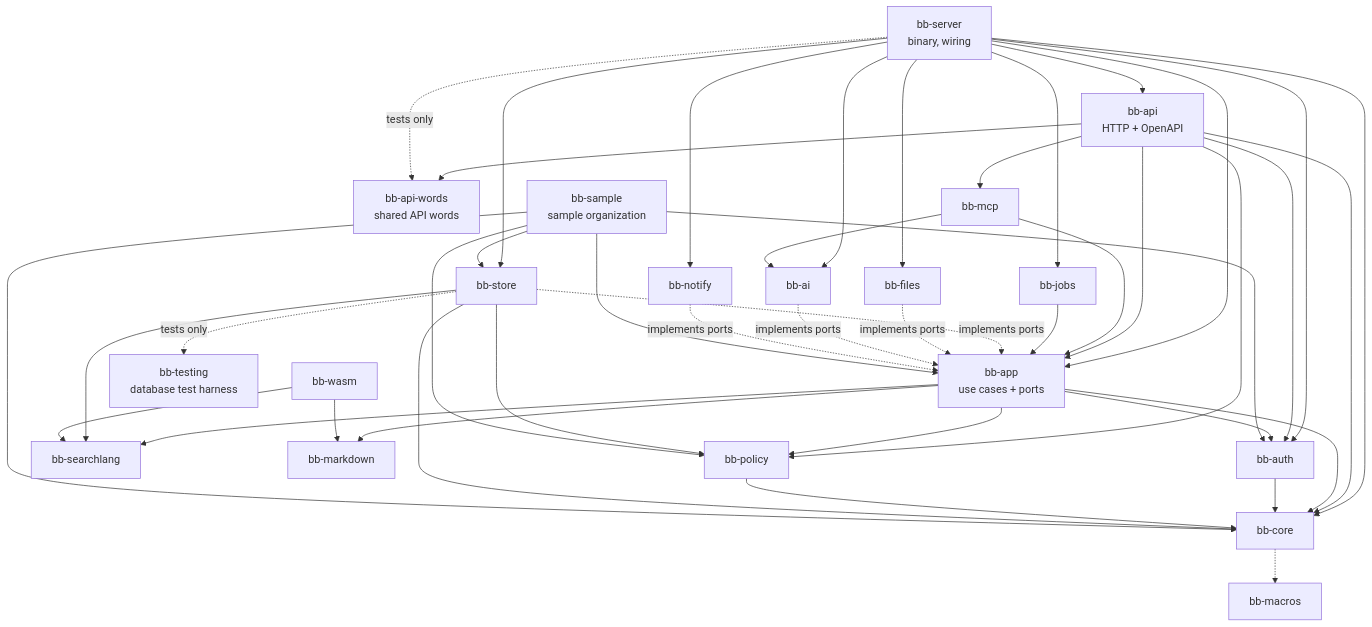
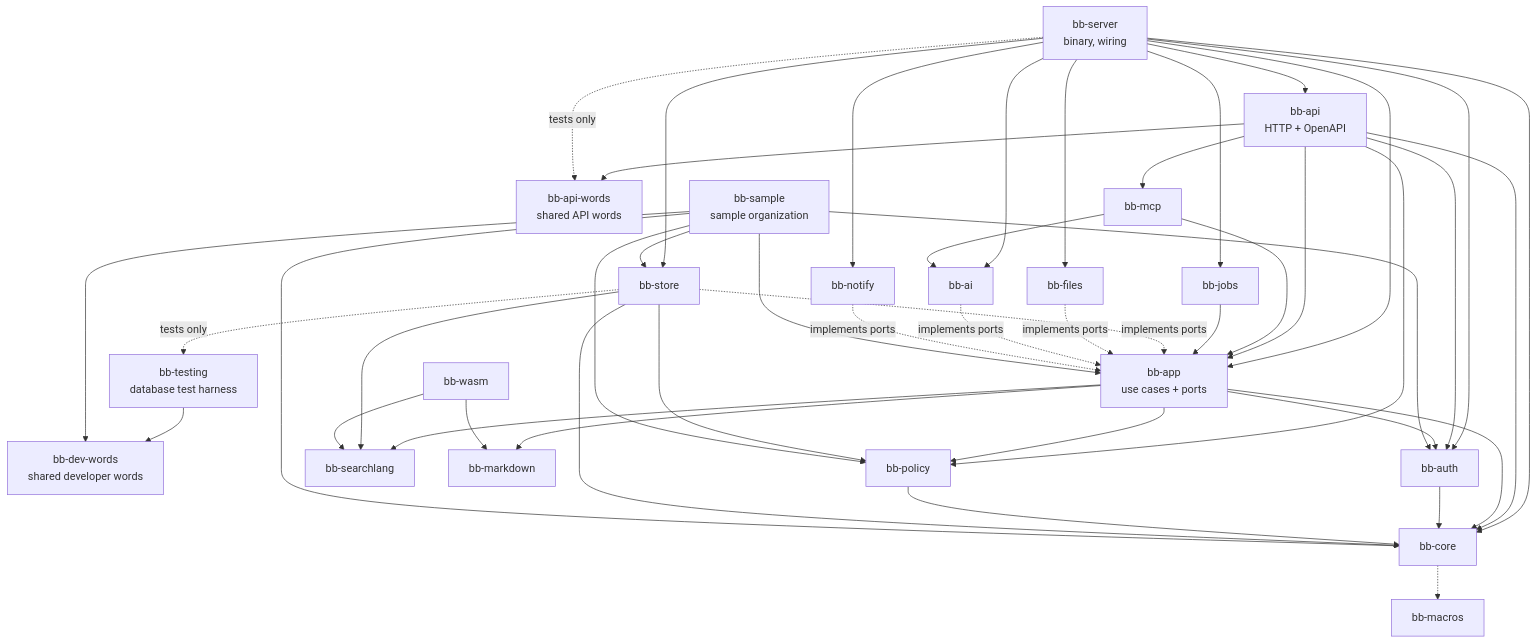
One commit to Nusi42/Bugaboo changed the diagram in docs/architecture/04-building-blocks.md. Above: the diagram before and after it, drawn with Mermaid. The commit also changed other lines of this file and 34 other files, not shown here.

First line of the commit message:
refactor(dev): use one database kind, sample schema, generator list

````diff
--- a/docs/architecture/04-building-blocks.md
+++ b/docs/architecture/04-building-blocks.md
@@ -45,40 +46,42 @@
 ```mermaid
 flowchart TB
   server["bb-server<br/>binary, wiring"]
   api["bb-api<br/>HTTP + OpenAPI"]
   words["bb-api-words<br/>shared API words"]
+  devwords["bb-dev-words<br/>shared developer words"]
   mcp["bb-mcp"]
   app["bb-app<br/>use cases + ports"]
   policy["bb-policy"]
   core["bb-core"]
   macros["bb-macros"]
   search["bb-searchlang"]
   md["bb-markdown"]
   store["bb-store"]
   files["bb-files"]
   auth["bb-auth"]
   ai["bb-ai"]
   notify["bb-notify"]
   jobs["bb-jobs"]
   wasm["bb-wasm"]
   testing["bb-testing<br/>database test harness"]
   sample["bb-sample<br/>sample organization"]
 
   server --> api & jobs & store & files & ai & notify & auth & app & core
   api --> app & auth & mcp & core & policy & words
   mcp --> app & ai
   jobs --> app
   app --> policy & core & search & md & auth
   auth --> core
   policy --> core
   core -.-> macros
   store -. implements ports .-> app
   files -. implements ports .-> app
   ai -. implements ports .-> app
   notify -. implements ports .-> app
   store --> search & policy & core
   wasm --> search & md
   store -. tests only .-> testing
   server -. tests only .-> words
-  sample --> app & store & core & policy & auth
+  testing --> devwords
+  sample --> app & store & core & policy & auth & devwords
 ```
````
